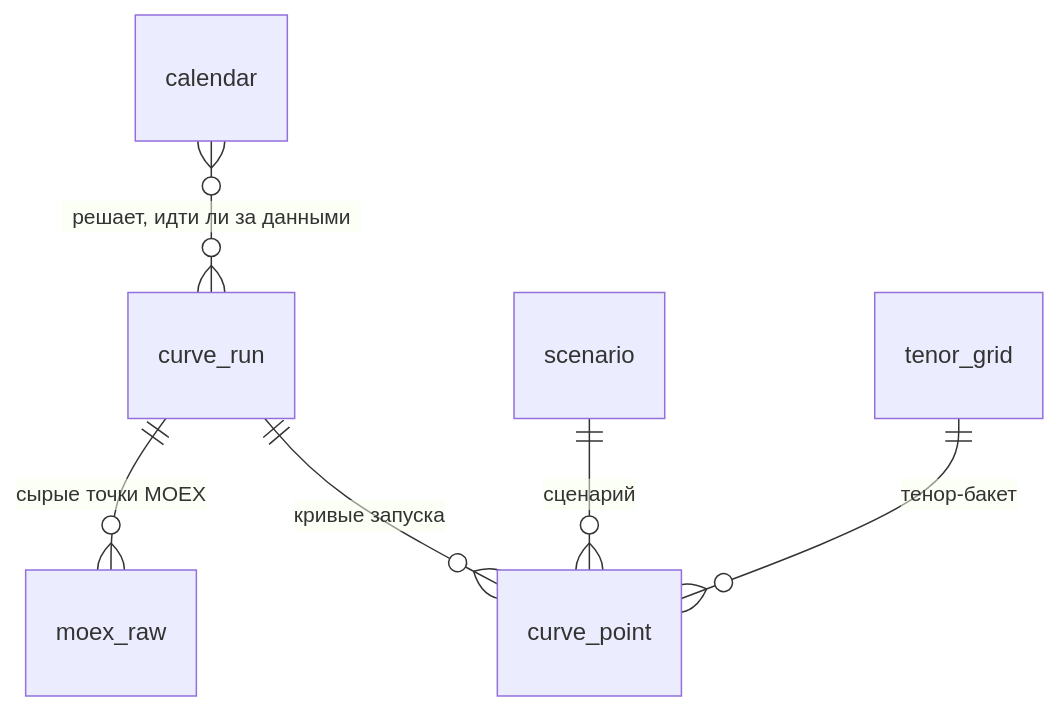
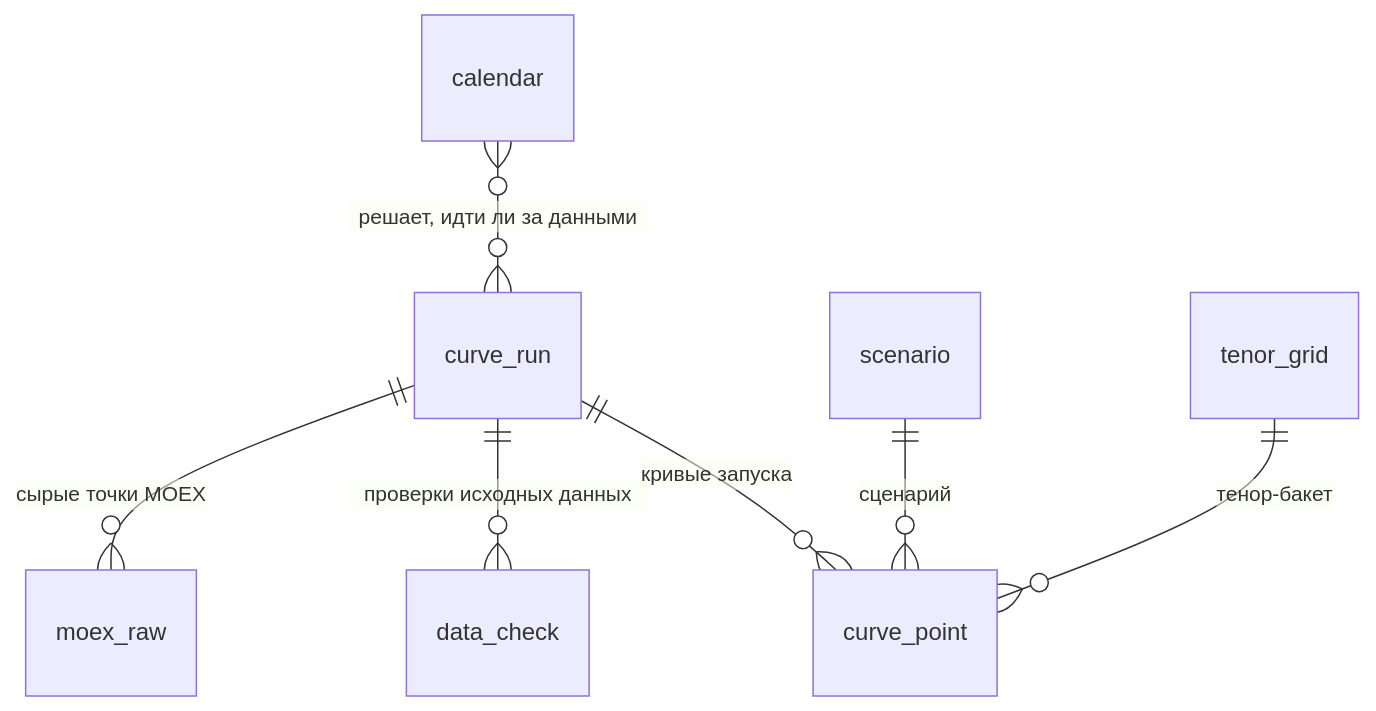
One commit to OikonoMike/economic-capital-curve-module changed the diagram in docs/db_schema.md. Above: the diagram before and after it, drawn with Mermaid. The commit also changed other lines of this file, not shown here.

Commit message:
Update database schema with data checks

````diff
--- a/docs/db_schema.md
+++ b/docs/db_schema.md
@@ -7,8 +7,9 @@
 ```mermaid
 erDiagram
     curve_run ||--o{ moex_raw : "сырые точки MOEX"
+    curve_run ||--o{ data_check : "проверки исходных данных"
     curve_run ||--o{ curve_point : "кривые запуска"
     scenario ||--o{ curve_point : "сценарий"
     tenor_grid ||--o{ curve_point : "тенор-бакет"
     calendar }o--o{ curve_run : "решает, идти ли за данными"
 ```
````
